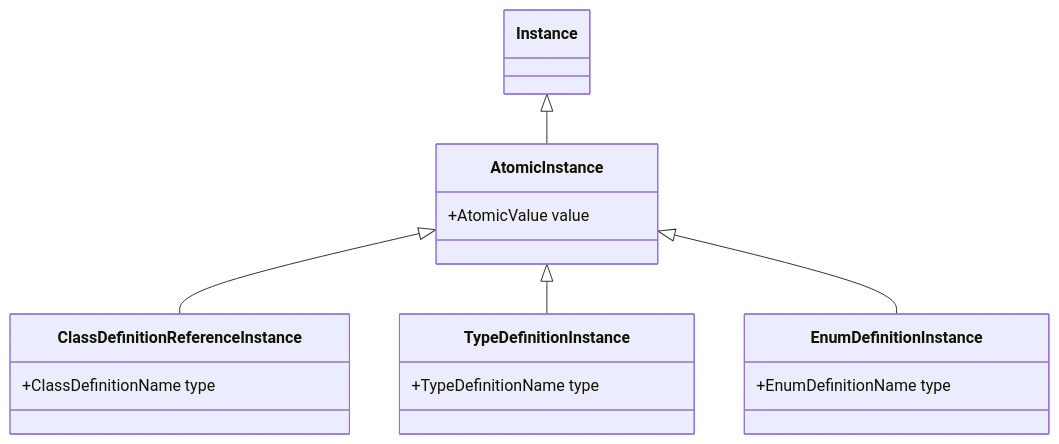
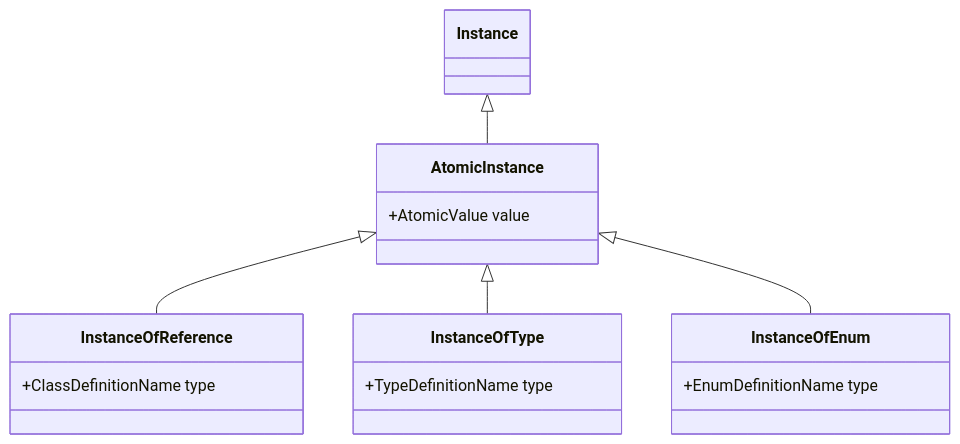
One commit to linkml/linkml-model changed the third of 4 diagrams in specification/02instances.md. Above: the diagram before and after it, drawn with Mermaid. The commit also changed other lines of this file and 23 other files, not shown here.

````diff
--- a/specification/02instances.md
+++ b/specification/02instances.md
@@ -82,22 +102,22 @@
 ```mermaid
 classDiagram
     Instance <|-- AtomicInstance
-    AtomicInstance <|-- ClassDefinitionReferenceInstance
-    AtomicInstance <|-- TypeDefinitionInstance
-    AtomicInstance <|-- EnumDefinitionInstance
+    AtomicInstance <|-- InstanceOfReference
+    AtomicInstance <|-- InstanceOfType
+    AtomicInstance <|-- InstanceOfEnum
     class Instance {
 
     }
     class AtomicInstance {
       +AtomicValue value
     }
-    class ClassDefinitionReferenceInstance {
+    class InstanceOfReference {
       +ClassDefinitionName type
     }
-    class TypeDefinitionInstance {
+    class InstanceOfType {
       +TypeDefinitionName type
     }
-    class EnumDefinitionInstance {
+    class InstanceOfEnum {
       +EnumDefinitionName type
     }
 ```
````
